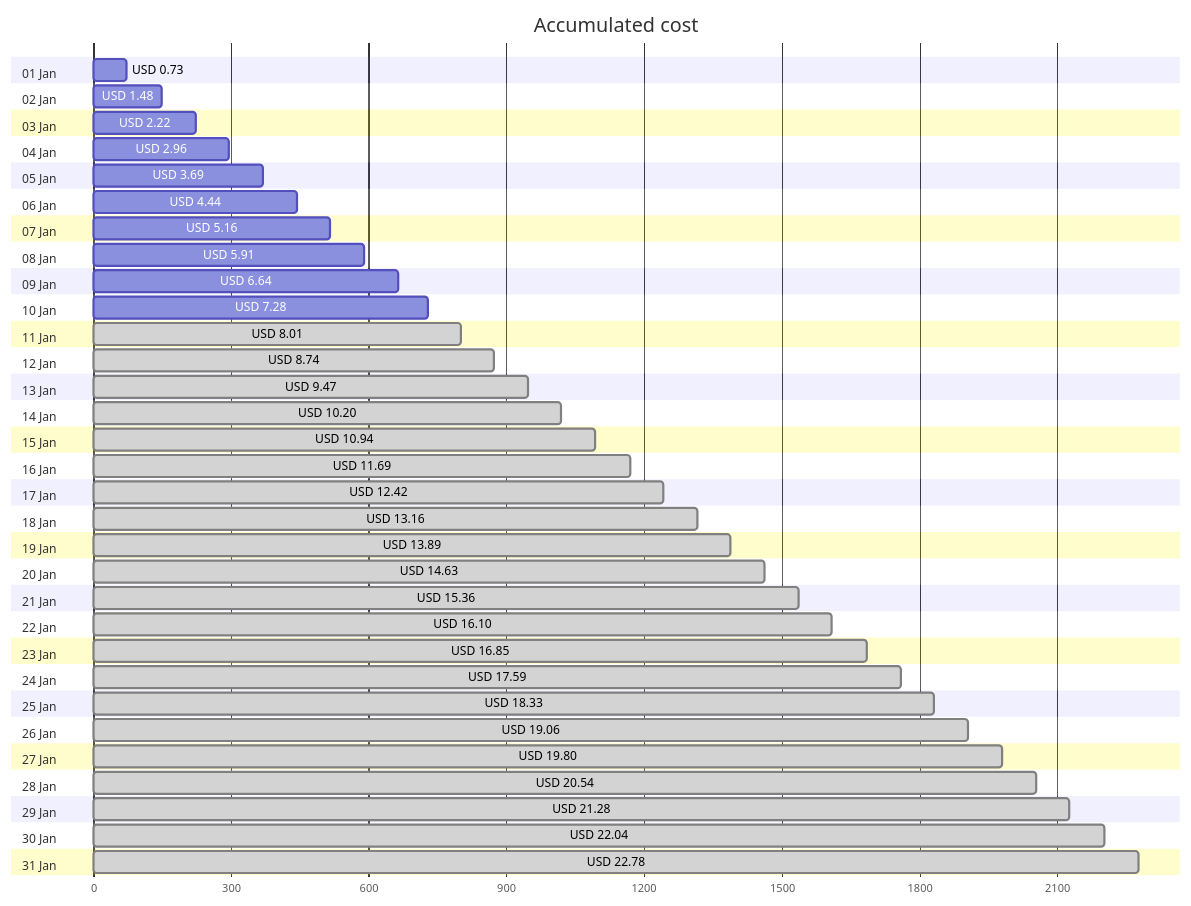
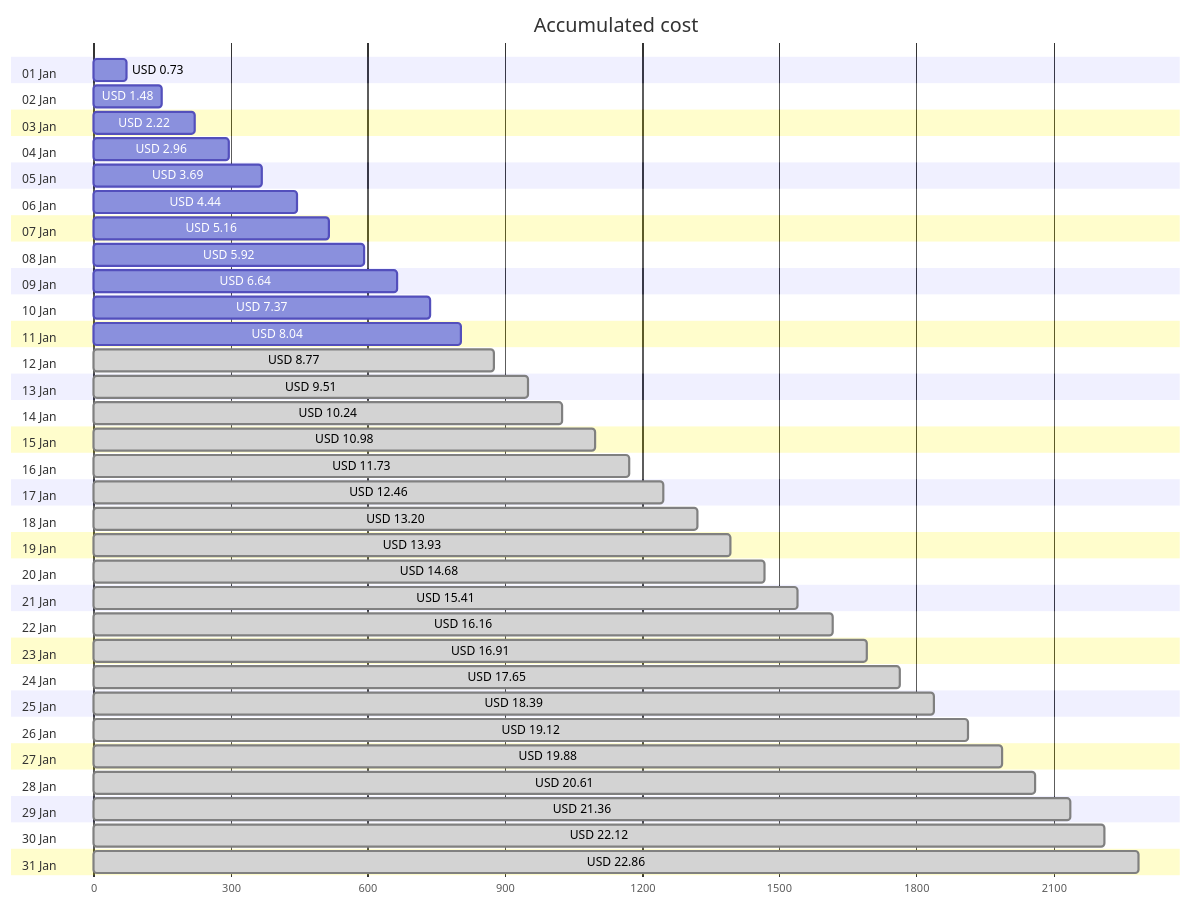
The first of 4 diagrams in cost-reports/personal-network/backup-server-data-disk.md (jpfulton/azure-personal-reports), drawn with Mermaid before and after one commit. The commit also changed other lines of this file and 8 other files, not shown here.

````diff
--- a/cost-reports/personal-network/backup-server-data-disk.md
+++ b/cost-reports/personal-network/backup-server-data-disk.md
@@ -20,68 +20,68 @@
 ```mermaid
 gantt
    title Accumulated cost
    dateFormat  X
    axisFormat %s
    section 01 Jan
    USD 0.73 :0, 73
    section 02 Jan
    USD 1.48 :0, 148
    section 03 Jan
    USD 2.22 :0, 222
    section 04 Jan
    USD 2.96 :0, 296
    section 05 Jan
    USD 3.69 :0, 369
    section 06 Jan
    USD 4.44 :0, 444
    section 07 Jan
    USD 5.16 :0, 516
    section 08 Jan
-   USD 5.91 :0, 591
+   USD 5.92 :0, 592
    section 09 Jan
    USD 6.64 :0, 664
    section 10 Jan
-   USD 7.28 :0, 728
+   USD 7.37 :0, 737
    section 11 Jan
-   USD 8.01 : done, 0, 801
+   USD 8.04 :0, 804
    section 12 Jan
-   USD 8.74 : done, 0, 874
+   USD 8.77 : done, 0, 877
    section 13 Jan
-   USD 9.47 : done, 0, 947
+   USD 9.51 : done, 0, 951
    section 14 Jan
-   USD 10.20 : done, 0, 1020
+   USD 10.24 : done, 0, 1024
    section 15 Jan
-   USD 10.94 : done, 0, 1094
+   USD 10.98 : done, 0, 1098
    section 16 Jan
-   USD 11.69 : done, 0, 1169
+   USD 11.73 : done, 0, 1173
    section 17 Jan
-   USD 12.42 : done, 0, 1242
+   USD 12.46 : done, 0, 1246
    section 18 Jan
-   USD 13.16 : done, 0, 1316
+   USD 13.20 : done, 0, 1320
    section 19 Jan
-   USD 13.89 : done, 0, 1389
+   USD 13.93 : done, 0, 1393
    section 20 Jan
-   USD 14.63 : done, 0, 1463
+   USD 14.68 : done, 0, 1468
    section 21 Jan
-   USD 15.36 : done, 0, 1536
+   USD 15.41 : done, 0, 1541
    section 22 Jan
-   USD 16.10 : done, 0, 1610
+   USD 16.16 : done, 0, 1616
    section 23 Jan
-   USD 16.85 : done, 0, 1685
+   USD 16.91 : done, 0, 1691
    section 24 Jan
-   USD 17.59 : done, 0, 1759
+   USD 17.65 : done, 0, 1765
    section 25 Jan
-   USD 18.33 : done, 0, 1833
+   USD 18.39 : done, 0, 1839
    section 26 Jan
-   USD 19.06 : done, 0, 1906
+   USD 19.12 : done, 0, 1912
    section 27 Jan
-   USD 19.80 : done, 0, 1980
+   USD 19.88 : done, 0, 1988
    section 28 Jan
-   USD 20.54 : done, 0, 2054
+   USD 20.61 : done, 0, 2061
    section 29 Jan
-   USD 21.28 : done, 0, 2128
+   USD 21.36 : done, 0, 2136
    section 30 Jan
-   USD 22.04 : done, 0, 2204
+   USD 22.12 : done, 0, 2212
    section 31 Jan
-   USD 22.78 : done, 0, 2278
+   USD 22.86 : done, 0, 2286
 ```
````
